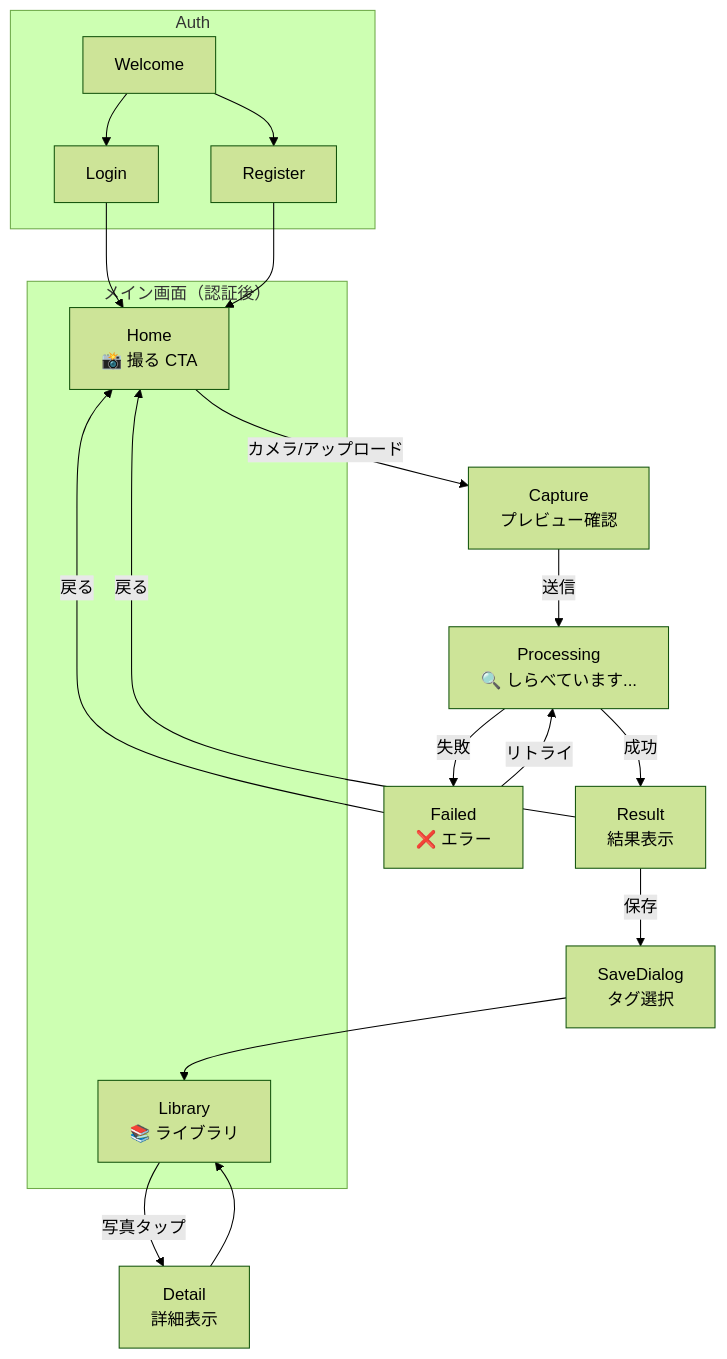
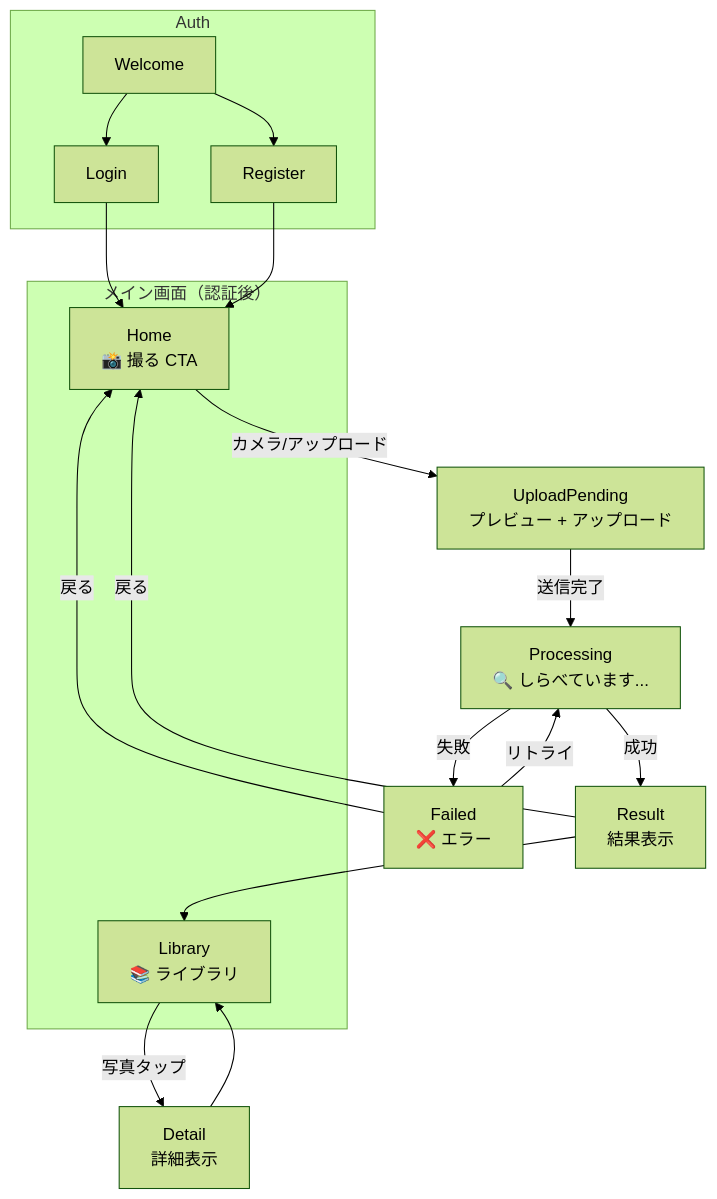
Before and after one commit to corocorococoro/LensClip: the diagram in docs/ux-flow.md, drawn with Mermaid (forest theme). The commit also changed other lines of this file and 12 other files, not shown here.

````diff
--- a/docs/ux-flow.md
+++ b/docs/ux-flow.md
@@ -5,29 +5,28 @@
 ```mermaid
 flowchart TD
     subgraph Auth
         Welcome[Welcome] --> Login[Login]
         Welcome --> Register[Register]
     end
 
     Login --> Home
     Register --> Home
 
     subgraph Main["メイン画面（認証後）"]
         Home[Home<br/>📸 撮る CTA]
         Library[Library<br/>📚 ライブラリ]
     end
 
-    Home -->|カメラ/アップロード| Capture[Capture<br/>プレビュー確認]
-    Capture -->|送信| Processing[Processing<br/>🔍 しらべています...]
+    Home -->|カメラ/アップロード| UploadPending[UploadPending<br/>プレビュー + アップロード]
+    UploadPending -->|送信完了| Processing[Processing<br/>🔍 しらべています...]
     Processing -->|成功| Result[Result<br/>結果表示]
     Processing -->|失敗| Failed[Failed<br/>❌ エラー]
     Failed -->|リトライ| Processing
     Failed -->|戻る| Home
 
-    Result -->|保存| SaveDialog[SaveDialog<br/>タグ選択]
-    SaveDialog --> Library
     Result -->|戻る| Home
+    Result --> Library
 
     Library -->|写真タップ| Detail[Detail<br/>詳細表示]
     Detail --> Library
 ```
````
